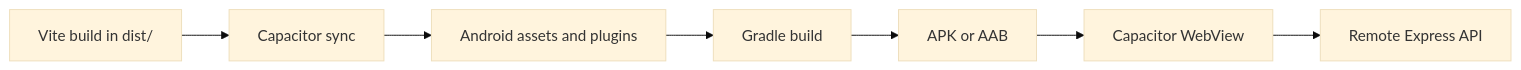
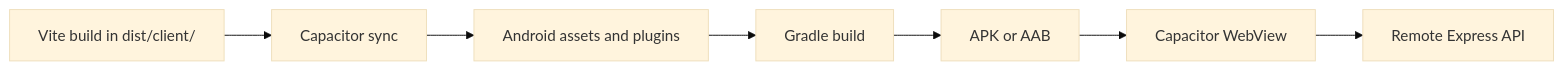
Before and after one commit to CassieMarie0728/void-repo-docs: the diagram in docs/android.md, drawn with Mermaid (base theme). The commit also changed other lines of this file and 56 other files, not shown here.

````diff
--- a/docs/android.md
+++ b/docs/android.md
@@ -9,9 +9,9 @@
 ```mermaid
 flowchart LR
-    V["Vite build in dist/"] --> C["Capacitor sync"]
+    V["Vite build in dist/client/"] --> C["Capacitor sync"]
     C --> A["Android assets and plugins"]
     A --> G["Gradle build"]
     G --> P["APK or AAB"]
     P --> W["Capacitor WebView"]
     W --> R["Remote Express API"]
 ```
````
